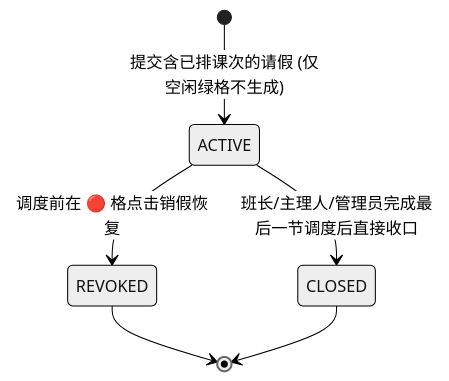
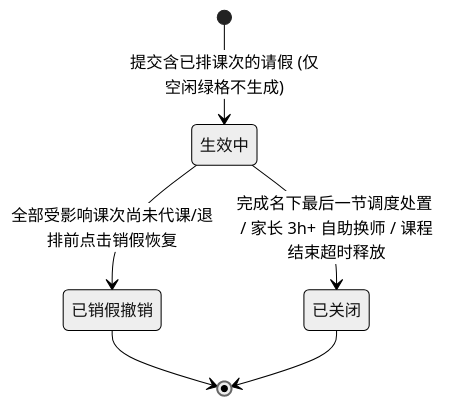
Before and after one commit to Onezao/dream: diagram 11 of 15 in docs/ENTITY_STATE_MACHINES.md, drawn with Mermaid (neutral theme). The commit also changed other lines of this file and 38 other files, not shown here.

````diff
--- a/docs/ENTITY_STATE_MACHINES.md
+++ b/docs/ENTITY_STATE_MACHINES.md
@@ -211,8 +321,8 @@
 ```mermaid
 stateDiagram-v2
-    [*] --> ACTIVE: 提交含已排课次的请假 (仅空闲绿格不生成)
-    ACTIVE --> REVOKED: 调度前在 🔴 格点击销假恢复
-    ACTIVE --> CLOSED: 班长/主理人/管理员完成最后一节调度后直接收口
-    REVOKED --> [*]
-    CLOSED --> [*]
+    [*] --> 生效中: 提交含已排课次的请假 (仅空闲绿格不生成)
+    生效中 --> 已销假撤销: 全部受影响课次尚未代课/退排前点击销假恢复
+    生效中 --> 已关闭: 完成名下最后一节调度处置 / 家长 3h+ 自助换师 / 课程结束超时释放
+    已销假撤销 --> [*]
+    已关闭 --> [*]
 ```
````
